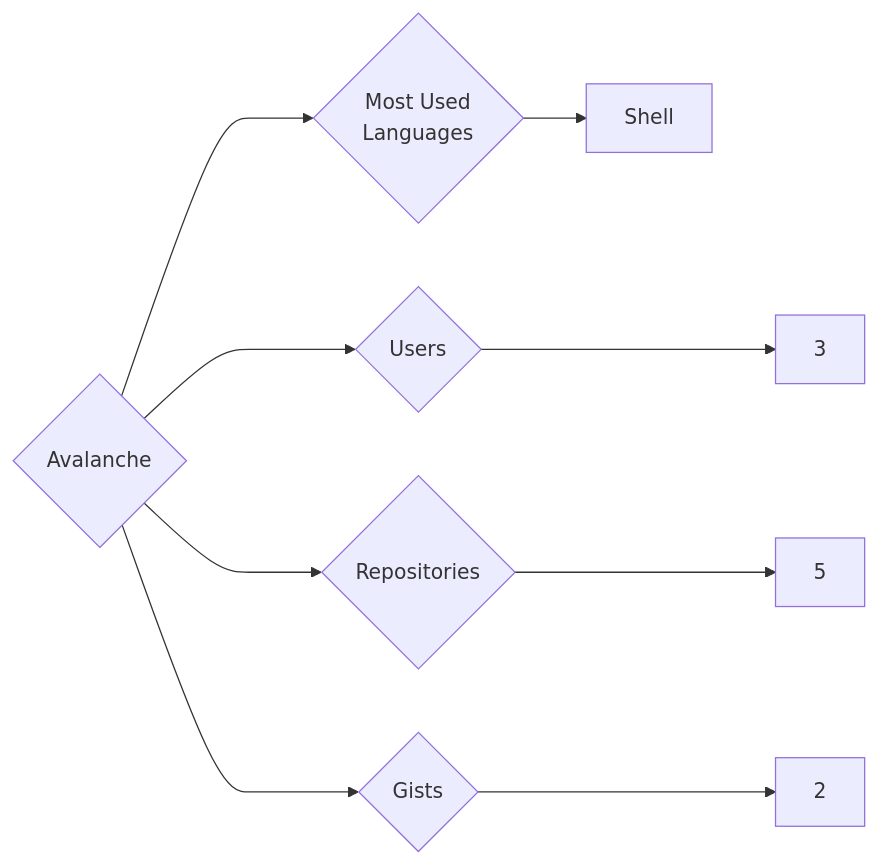
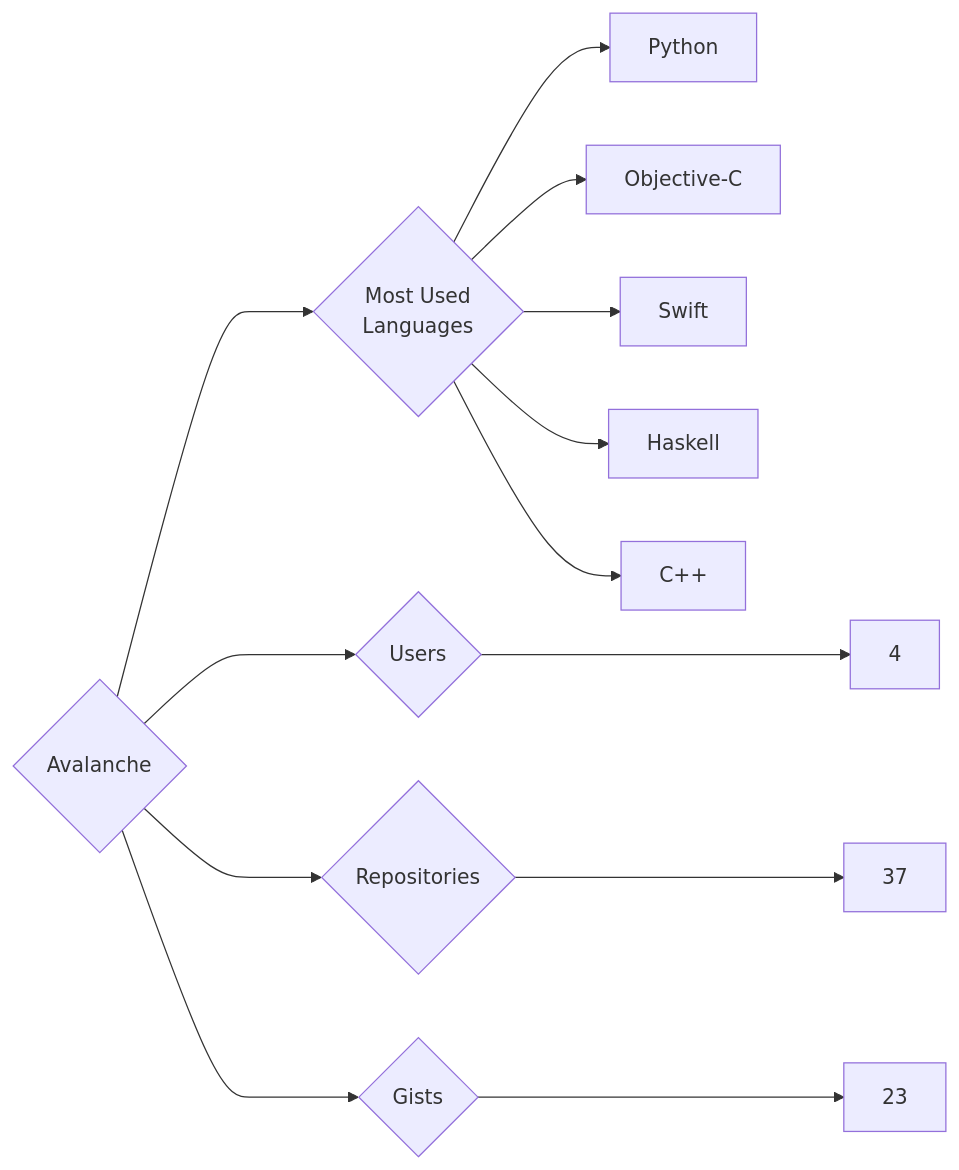
Before and after one commit to trickest/insiders: the diagram in targets/Avalanche/README.md, drawn with Mermaid. The commit also changed 1088 other files, not shown here.

````diff
--- a/targets/Avalanche/README.md
+++ b/targets/Avalanche/README.md
@@ -3,9 +3,13 @@
 ```mermaid
 graph LR
 COMPANY_NAME{Avalanche}
-COMPANY_NAME ---> U{Users} ---> UN[3]
-COMPANY_NAME ---> R{Repositories} ---> RN[5]
-COMPANY_NAME ---> G{Gists} ---> GN[2]
+COMPANY_NAME ---> U{Users} ---> UN[4]
+COMPANY_NAME ---> R{Repositories} ---> RN[37]
+COMPANY_NAME ---> G{Gists} ---> GN[23]
 COMPANY_NAME ---> ML{Most Used<br>Languages}
-ML --> Shell[Shell]
+ML --> Python[Python]
+ML --> Objective-C[Objective-C]
+ML --> Swift[Swift]
+ML --> Haskell[Haskell]
+ML --> C++[C++]
 ```
````
